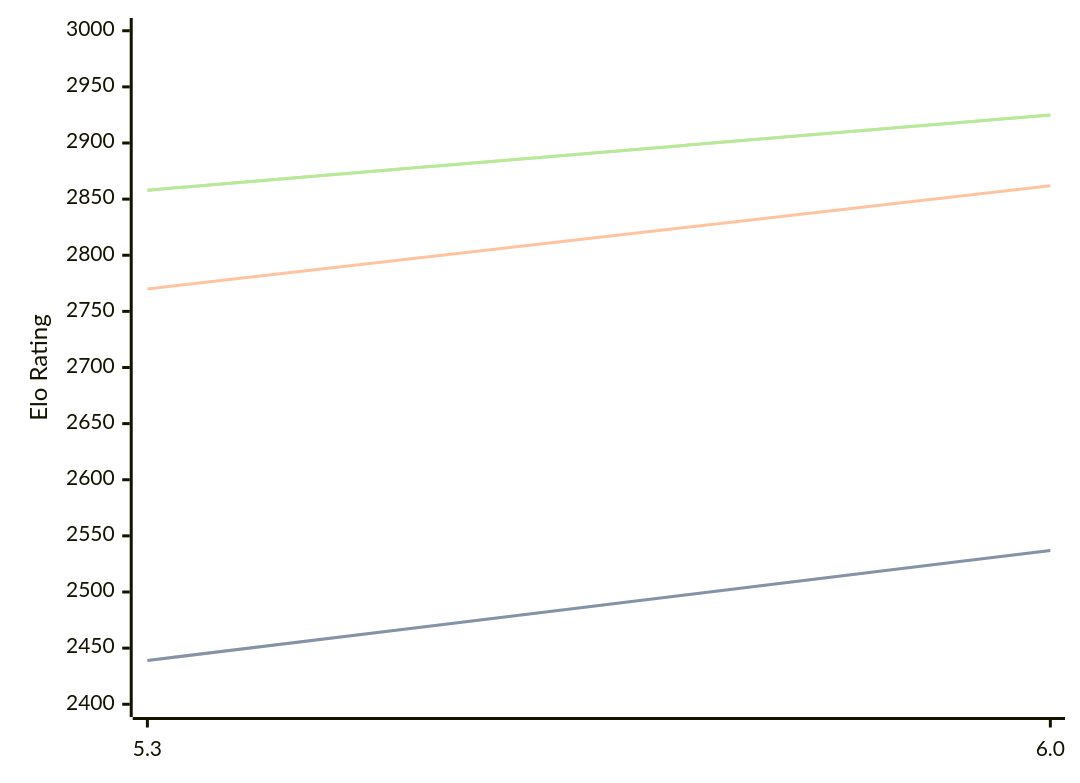
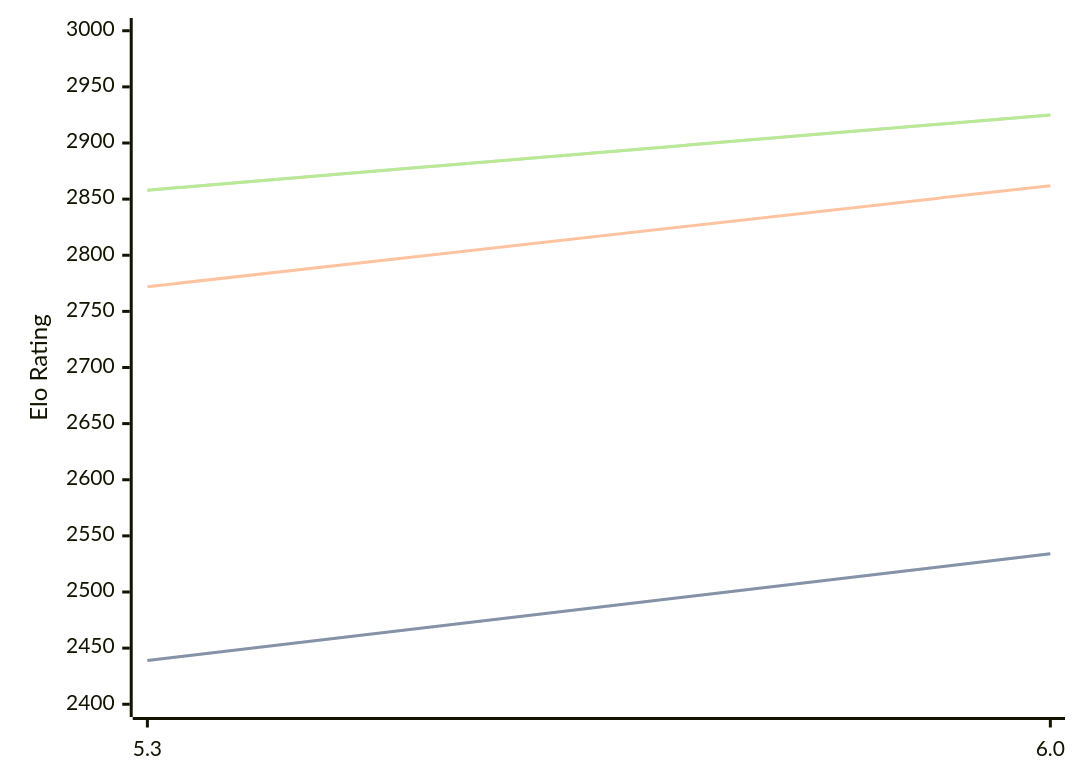
One commit to computer-chess-index/cci changed the diagram in engines/tomitankChess.md. Above: the diagram before and after it, drawn with Mermaid. The commit also changed other lines of this file, not shown here.

````diff
--- a/engines/tomitankChess.md
+++ b/engines/tomitankChess.md
@@ -40,11 +40,11 @@
 ```mermaid
 %%{init: {"theme":"base","themeVariables":{"seriesColors:['#a3a3a3','#222221','#faa371']}}}%%
 xychart-beta
   x-axis ["5.3", "6.0"]
   y-axis "Elo Rating" 2400 --> 3000
-  line "STC (8.0+0.08s)" [2439, 2537]
-  line "STC (8.0+0.08s)" [2439, 2537]
-  line "LTC (60.0+0.60s)" [2770, 2862]
+  line "STC (8.0+0.08s)" [2439, 2534]
+  line "STC (8.0+0.08s)" [2439, 2534]
+  line "LTC (60.0+0.60s)" [2772, 2862]
   line "VLTC (2m24s+1.12s)" [2858, 2925]
   line "VLTC (2m24s+1.12s)" [2858, 2925]
 ```
````
